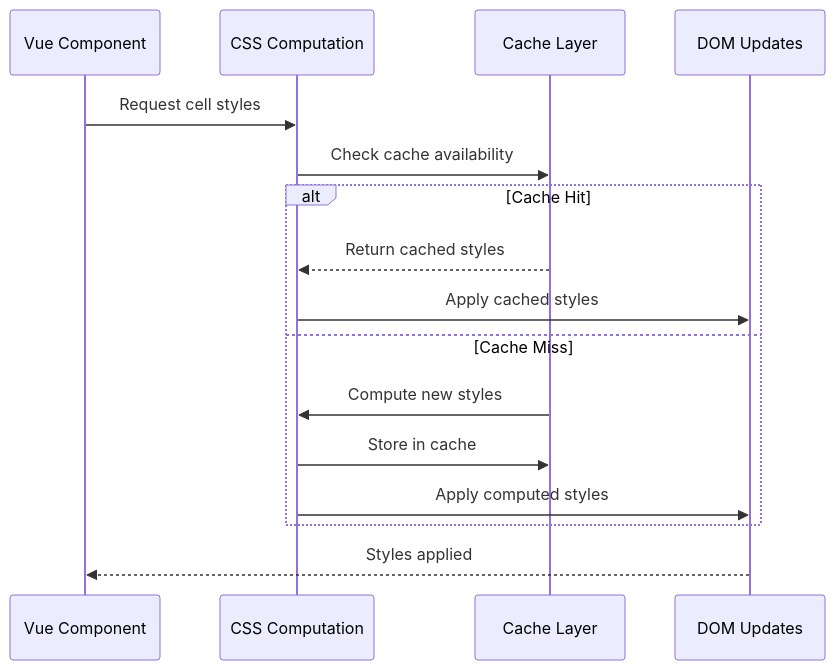
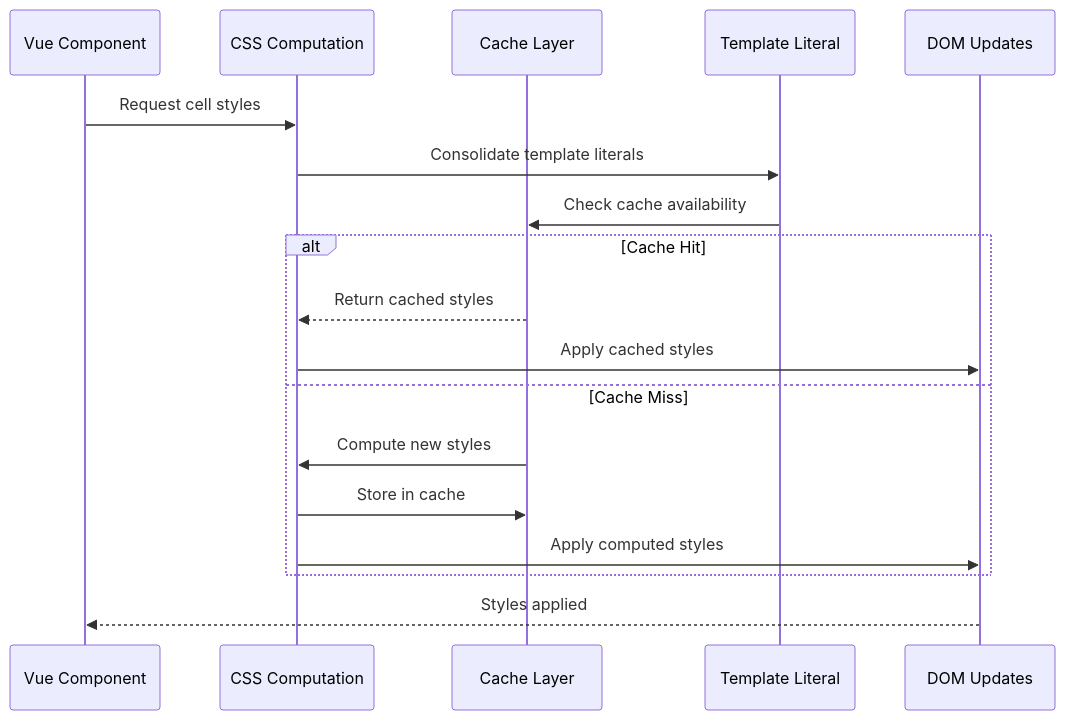
One commit to ja-plus/stk-table-vue changed the second of 9 diagrams in .qoder/repowiki/en/content/Performance Optimization/Computed Style Caching.md. Above: the diagram before and after it, drawn with Mermaid. The commit also changed other lines of this file and 3 other files, not shown here.

````diff
--- a/.qoder/repowiki/en/content/Performance Optimization/Computed Style Caching.md
+++ b/.qoder/repowiki/en/content/Performance Optimization/Computed Style Caching.md
@@ -94,18 +112,20 @@
 ```mermaid
 sequenceDiagram
 participant Vue as Vue Component
 participant CSS as CSS Computation
 participant Cache as Cache Layer
+participant Template as Template Literal
 participant DOM as DOM Updates
 Vue->>CSS : Request cell styles
-CSS->>Cache : Check cache availability
+CSS->>Template : Consolidate template literals
+Template->>Cache : Check cache availability
 alt Cache Hit
 Cache-->>CSS : Return cached styles
 CSS->>DOM : Apply cached styles
 else Cache Miss
 Cache->>CSS : Compute new styles
 CSS->>Cache : Store in cache
 CSS->>DOM : Apply computed styles
 end
 DOM-->>Vue : Styles applied
 ```
````
